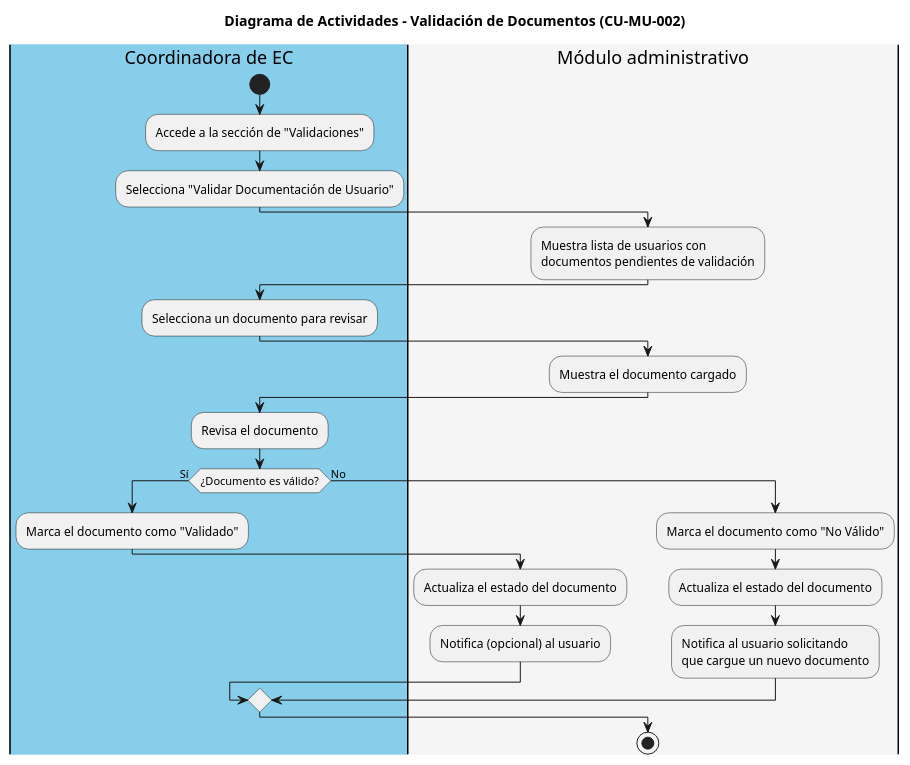
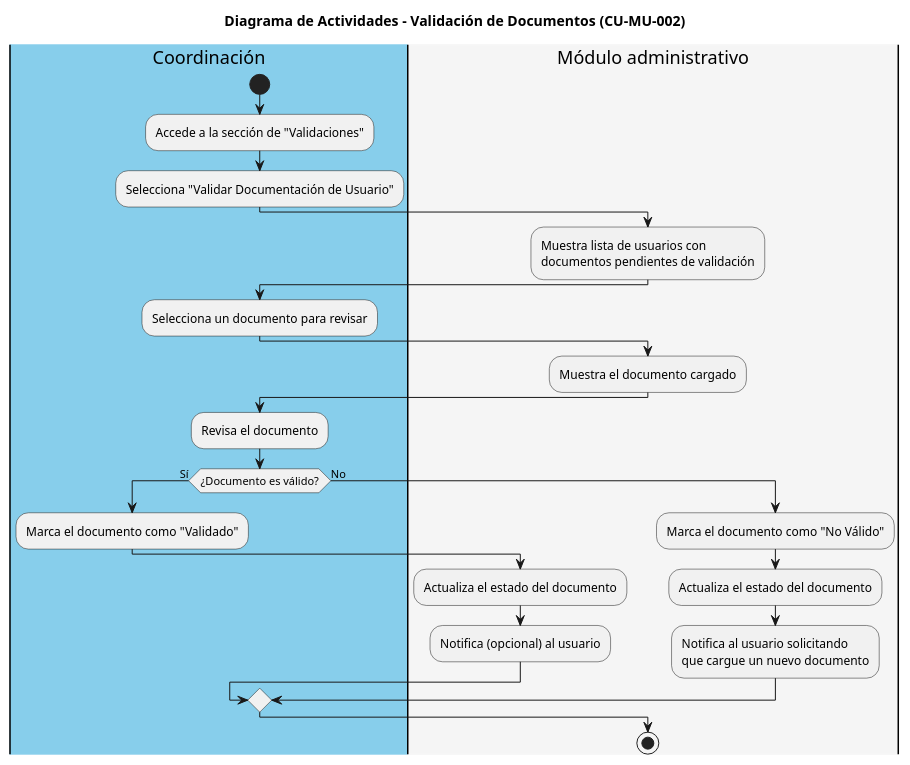
Before and after one commit to iKinoo/baby-salesforce-admin-module: the diagram in code/CU-MU-002_Validacion_Documentos.puml, drawn with PlantUML. The commit also changed 44 other files, not shown here.

```diff
--- a/code/CU-MU-002_Validacion_Documentos.puml
+++ b/code/CU-MU-002_Validacion_Documentos.puml
@@ -1,34 +1,34 @@
 @startuml
 title Diagrama de Actividades - Validación de Documentos (CU-MU-002)
 
-|#skyblue|Coordinadora de EC|
+|#skyblue|Coordinación|
 start
 :Accede a la sección de "Validaciones";
 :Selecciona "Validar Documentación de Usuario";
 
 |#whitesmoke|Módulo administrativo|
 :Muestra lista de usuarios con
 documentos pendientes de validación;
 
-|#skyblue|Coordinadora de EC|
+|#skyblue|Coordinación|
 :Selecciona un documento para revisar;
 
 |#whitesmoke|Módulo administrativo|
 :Muestra el documento cargado;
 
-|#skyblue|Coordinadora de EC|
+|#skyblue|Coordinación|
 :Revisa el documento;
 if (¿Documento es válido?) then (Sí)
   :Marca el documento como "Validado";
   |#whitesmoke|Módulo administrativo|
   :Actualiza el estado del documento;
   :Notifica (opcional) al usuario;
 else (No)
   :Marca el documento como "No Válido";
   |#whitesmoke|Módulo administrativo|
   :Actualiza el estado del documento;
   :Notifica al usuario solicitando
   que cargue un nuevo documento;
 endif
 stop
 @enduml
```
